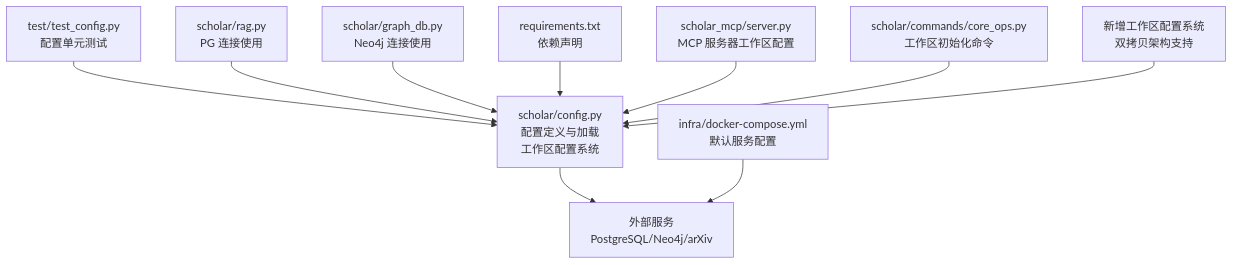
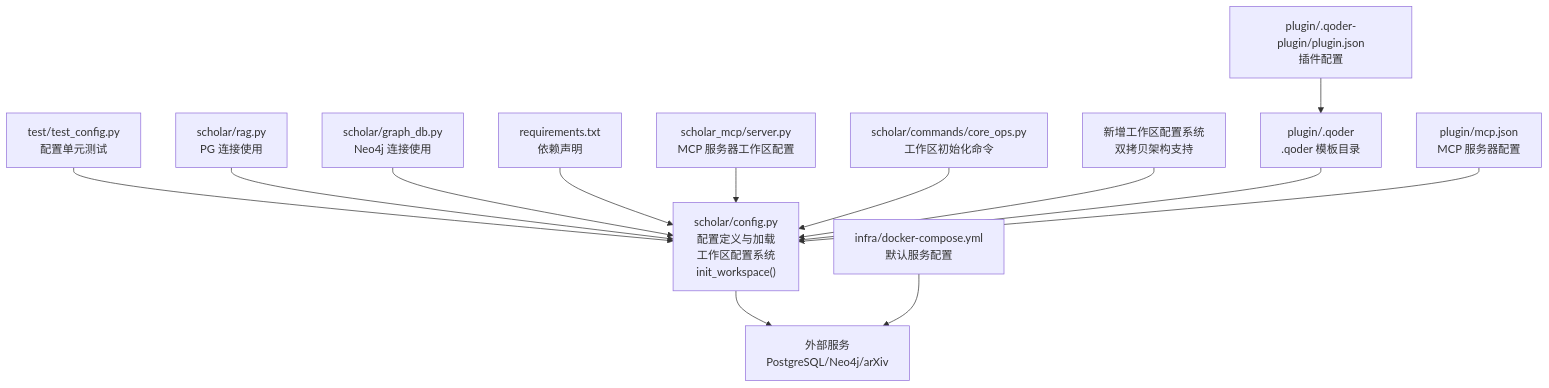
Before and after one commit to 1173591564/academic-based-qoder: the first of 9 diagrams in .qoder/repowiki/zh/content/Python后端系统/配置管理系统.md, drawn with Mermaid. The commit also changed other lines of this file and 80 other files, not shown here.

````diff
--- a/.qoder/repowiki/zh/content/Python后端系统/配置管理系统.md
+++ b/.qoder/repowiki/zh/content/Python后端系统/配置管理系统.md
@@ -54,12 +60,15 @@
 ```mermaid
 graph TB
-A["scholar/config.py<br/>配置定义与加载<br/>工作区配置系统"] --> B["外部服务<br/>PostgreSQL/Neo4j/arXiv"]
+A["scholar/config.py<br/>配置定义与加载<br/>工作区配置系统<br/>init_workspace()"] --> B["外部服务<br/>PostgreSQL/Neo4j/arXiv"]
 C["test/test_config.py<br/>配置单元测试"] --> A
 D["infra/docker-compose.yml<br/>默认服务配置"] --> B
 E["scholar/rag.py<br/>PG 连接使用"] --> A
 F["scholar/graph_db.py<br/>Neo4j 连接使用"] --> A
 G["requirements.txt<br/>依赖声明"] --> A
 H["scholar_mcp/server.py<br/>MCP 服务器工作区配置"] --> A
 I["scholar/commands/core_ops.py<br/>工作区初始化命令"] --> A
 J["新增工作区配置系统<br/>双拷贝架构支持"] --> A
+K["plugin/.qoder<br/>.qoder 模板目录"] --> A
+L["plugin/mcp.json<br/>MCP 服务器配置"] --> A
+M["plugin/.qoder-plugin/plugin.json<br/>插件配置"] --> K
 ```
````
